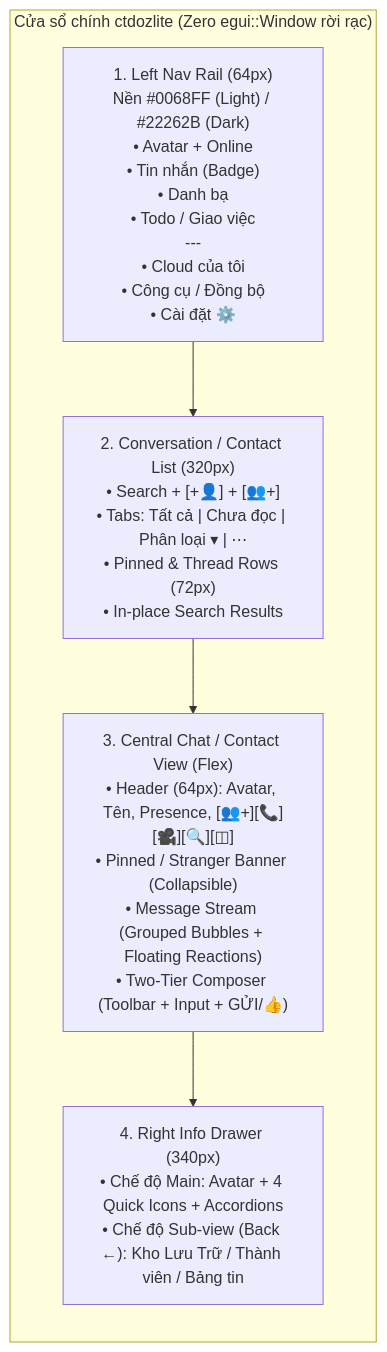
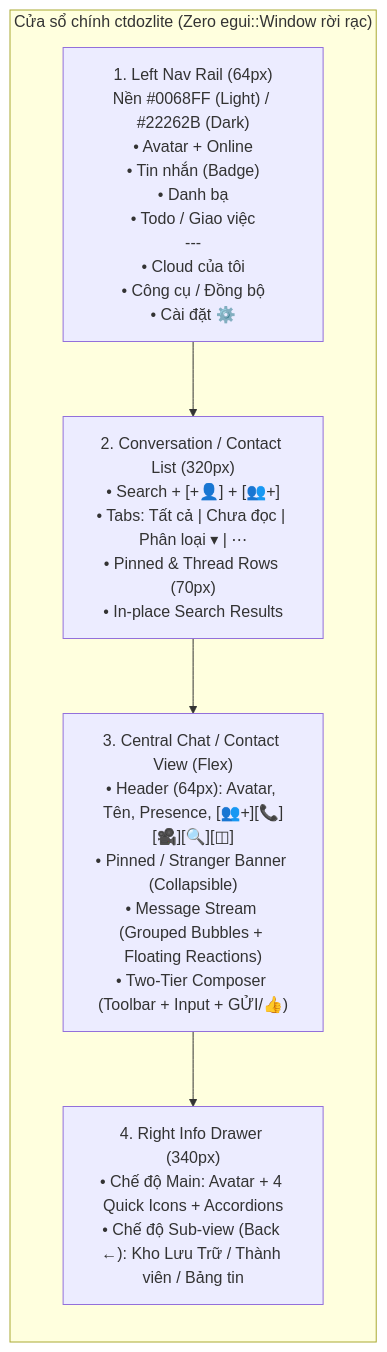
Before and after one commit to bqqhuy/ctdozlite: the diagram in docs/ZALO_GUI_UX_OVERHAUL_PLAN.md, drawn with Mermaid. The commit also changed other lines of this file and 8 other files, not shown here.

````diff
--- a/docs/ZALO_GUI_UX_OVERHAUL_PLAN.md
+++ b/docs/ZALO_GUI_UX_OVERHAUL_PLAN.md
@@ -49,10 +59,10 @@
 ```mermaid
 flowchart LR
     subgraph Window["Cửa sổ chính ctdozlite (Zero egui::Window rời rạc)"]
         Rail["1. Left Nav Rail (64px)\nNền #0068FF (Light) / #22262B (Dark)\n• Avatar + Online\n• Tin nhắn (Badge)\n• Danh bạ\n• Todo / Giao việc\n---\n• Cloud của tôi\n• Công cụ / Đồng bộ\n• Cài đặt ⚙️"]
-        Sidebar["2. Conversation / Contact List (320px)\n• Search + [+👤] + [👥+]\n• Tabs: Tất cả | Chưa đọc | Phân loại ▾ | ⋯\n• Pinned & Thread Rows (72px)\n• In-place Search Results"]
+        Sidebar["2. Conversation / Contact List (320px)\n• Search + [+👤] + [👥+]\n• Tabs: Tất cả | Chưa đọc | Phân loại ▾ | ⋯\n• Pinned & Thread Rows (70px)\n• In-place Search Results"]
         Canvas["3. Central Chat / Contact View (Flex)\n• Header (64px): Avatar, Tên, Presence, [👥+][📞][🎥][🔍][◫]\n• Pinned / Stranger Banner (Collapsible)\n• Message Stream (Grouped Bubbles + Floating Reactions)\n• Two-Tier Composer (Toolbar + Input + GỬI/👍)"]
         Drawer["4. Right Info Drawer (340px)\n• Chế độ Main: Avatar + 4 Quick Icons + Accordions\n• Chế độ Sub-view (Back ←): Kho Lưu Trữ / Thành viên / Bảng tin"]
     end
     Rail --> Sidebar --> Canvas --> Drawer
 ```
````
